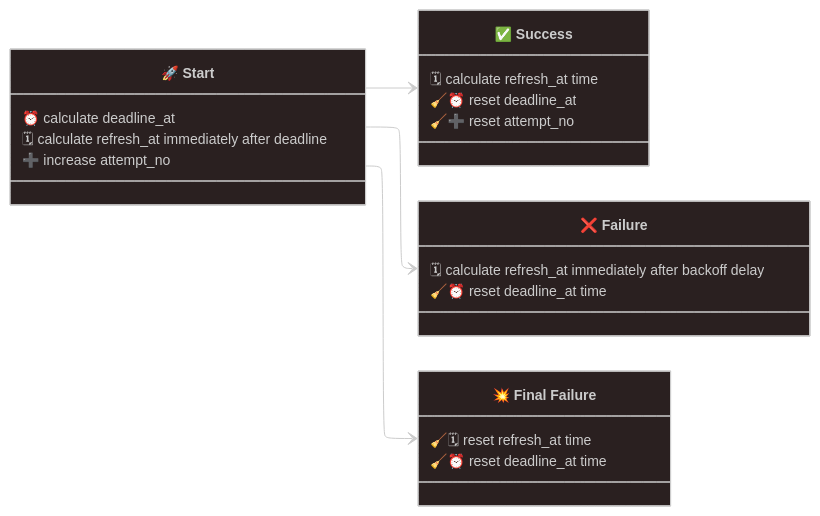
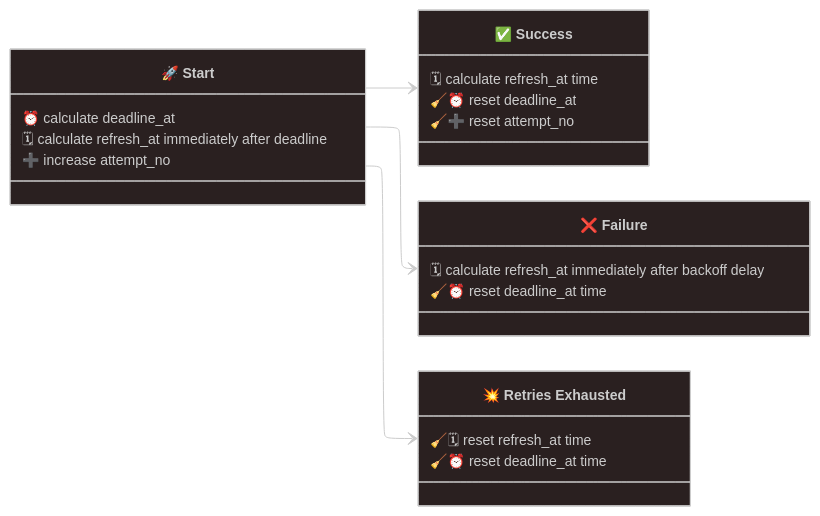
The second of 15 diagrams in refresh-retry/chaos/diagrams.md (vbarbarosh/workflows), drawn with Mermaid before and after one commit. The commit also changed other lines of this file, not shown here.

Commit message:
rename Final Failure -> Retries Exhausted

````diff
--- a/refresh-retry/chaos/diagrams.md
+++ b/refresh-retry/chaos/diagrams.md
@@ -32,36 +32,36 @@
 ```mermaid
 ---
 config:
   layout: elk
   theme: neo-dark
 ---
 
 classDiagram
     direction LR
 
     class Start["🚀 Start"] {
         ⏰ calculate deadline_at
         🗓 calculate refresh_at immediately after deadline
         ➕ increase attempt_no
     }
 
     class Success["✅ Success"] {
         🗓 calculate refresh_at time
         🧹⏰ reset deadline_at
         🧹➕ reset attempt_no
     }
 
     class Failure["❌ Failure"] {
         🗓 calculate refresh_at immediately after backoff delay
         🧹⏰ reset deadline_at time
     }
 
-    class FinalFailure["💥 Final Failure"] {
+    class RetriesExhausted["💥 Retries Exhausted"] {
         🧹🗓 reset refresh_at time
         🧹⏰ reset deadline_at time
     }
 
     Start --> Success
     Start --> Failure
-    Start --> FinalFailure
+    Start --> RetriesExhausted
 ```
````
